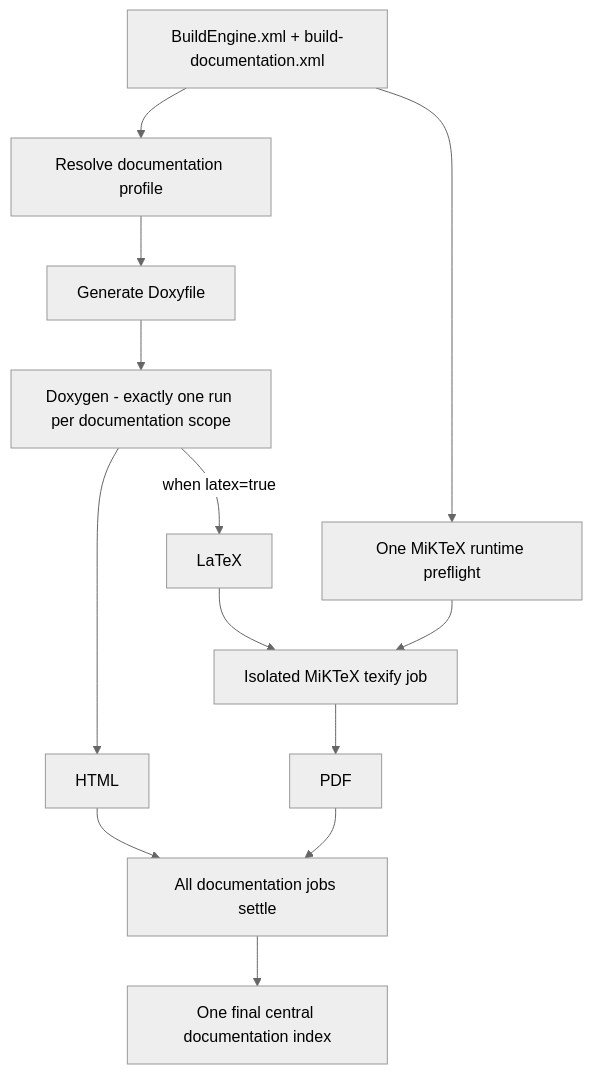
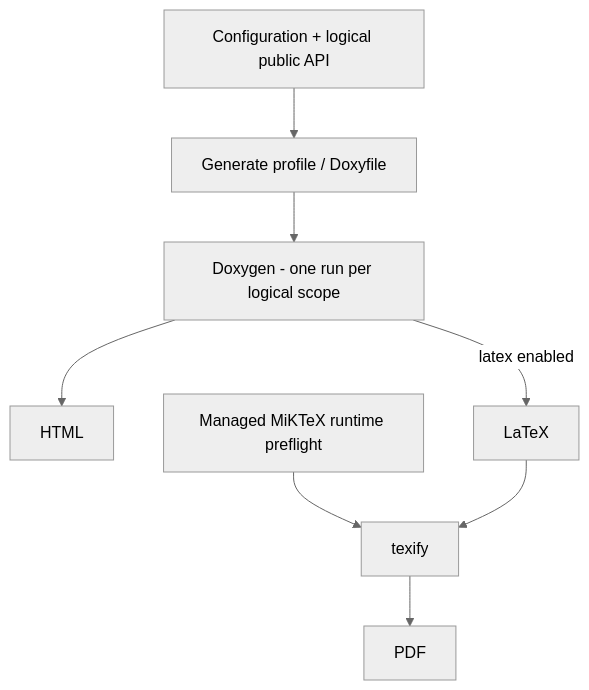
The first of 3 diagrams in admin/server-docs/documentation.md (adeccscholar/BuildEngine-Admin), drawn with Mermaid (neutral theme) before and after one commit. The commit also changed other lines of this file, not shown here.

Commit message:
Align public documentation contract with current collection model

````diff
--- a/admin/server-docs/documentation.md
+++ b/admin/server-docs/documentation.md
@@ -26,15 +25,10 @@
 ```mermaid
 flowchart TD
-   C[BuildEngine.xml + build-documentation.xml] --> G[Resolve documentation profile]
-   G --> D[Generate Doxyfile]
-   D --> X[Doxygen - exactly one run per documentation scope]
-   X --> H[HTML]
-   X -->|when latex=true| L[LaTeX]
-   C --> R[One MiKTeX runtime preflight]
-   L --> M[Isolated MiKTeX texify job]
-   R --> M
+   C[Configuration + logical public API] --> G[Generate profile / Doxyfile]
+   G --> D[Doxygen - one run per logical scope]
+   D --> H[HTML]
+   D -->|latex enabled| L[LaTeX]
+   R[Managed MiKTeX runtime preflight] --> M[texify]
+   L --> M
    M --> P[PDF]
-   H --> S[All documentation jobs settle]
-   P --> S
-   S --> I[One final central documentation index]
 ```
````
